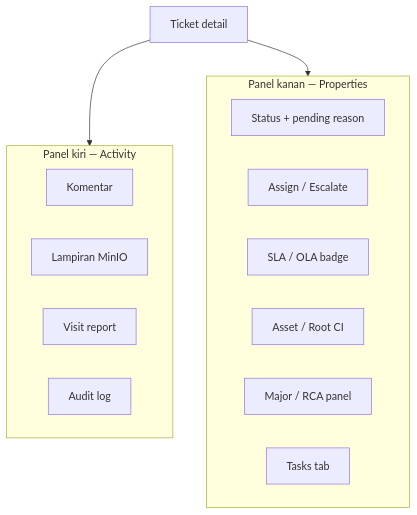
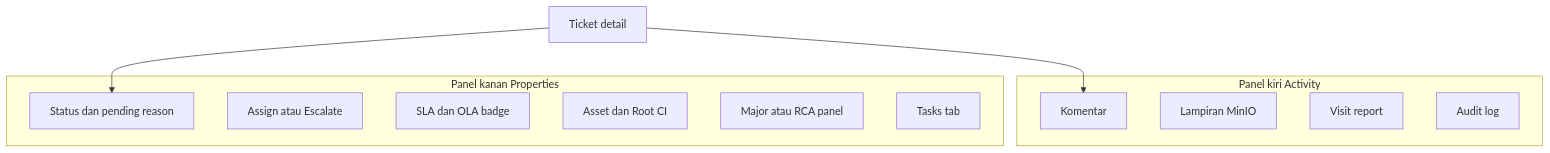
The sixth of 14 diagrams in docs/TICKETING-JOURNEY.md (bontiharyanto/novacrm), drawn with Mermaid before and after one commit. The commit also changed other lines of this file, not shown here.

First line of the commit message:
Fix Mermaid diagram syntax in ticketing journey doc for GitHub rendering.

````diff
--- a/docs/TICKETING-JOURNEY.md
+++ b/docs/TICKETING-JOURNEY.md
@@ -232,21 +232,21 @@
 ```mermaid
 flowchart TB
-  subgraph Kiri["Panel kiri — Activity"]
+  subgraph kiri["Panel kiri Activity"]
     C1[Komentar]
     C2[Lampiran MinIO]
     C3[Visit report]
     C4[Audit log]
   end
 
-  subgraph Kanan["Panel kanan — Properties"]
-    P1[Status + pending reason]
-    P2[Assign / Escalate]
-    P3[SLA / OLA badge]
-    P4[Asset / Root CI]
-    P5[Major / RCA panel]
+  subgraph kanan["Panel kanan Properties"]
+    P1["Status dan pending reason"]
+    P2["Assign atau Escalate"]
+    P3["SLA dan OLA badge"]
+    P4["Asset dan Root CI"]
+    P5["Major atau RCA panel"]
     P6[Tasks tab]
   end
 
-  T[Ticket detail] --> Kiri
-  T --> Kanan
+  T["Ticket detail"] --> C1
+  T --> P1
 ```
````
